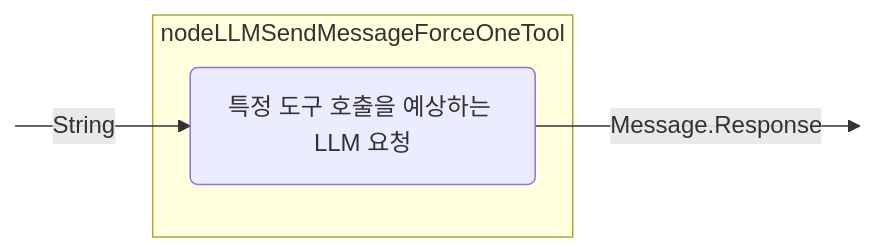
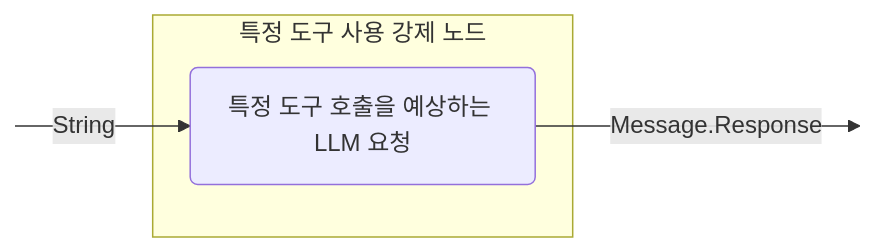
Before and after one commit to BinaryTape/Open-Docs: the fifth of 15 diagrams in docs/ko/koog/nodes-and-components.md, drawn with Mermaid. The commit also changed other lines of this file and 164 other files, not shown here.

````diff
--- a/docs/ko/koog/nodes-and-components.md
+++ b/docs/ko/koog/nodes-and-components.md
@@ -272,13 +272,13 @@
 ```mermaid
 graph LR
     in:::hidden
     out:::hidden
     
-    subgraph node ["nodeLLMSendMessageForceOneTool"]
+    subgraph node ["특정 도구 사용 강제 노드"]
         execute(특정 도구 호출을 예상하는 LLM 요청)
     end
     
     in --String--> execute --Message.Response--> out
 
     classDef hidden display: none;
 ```
````
